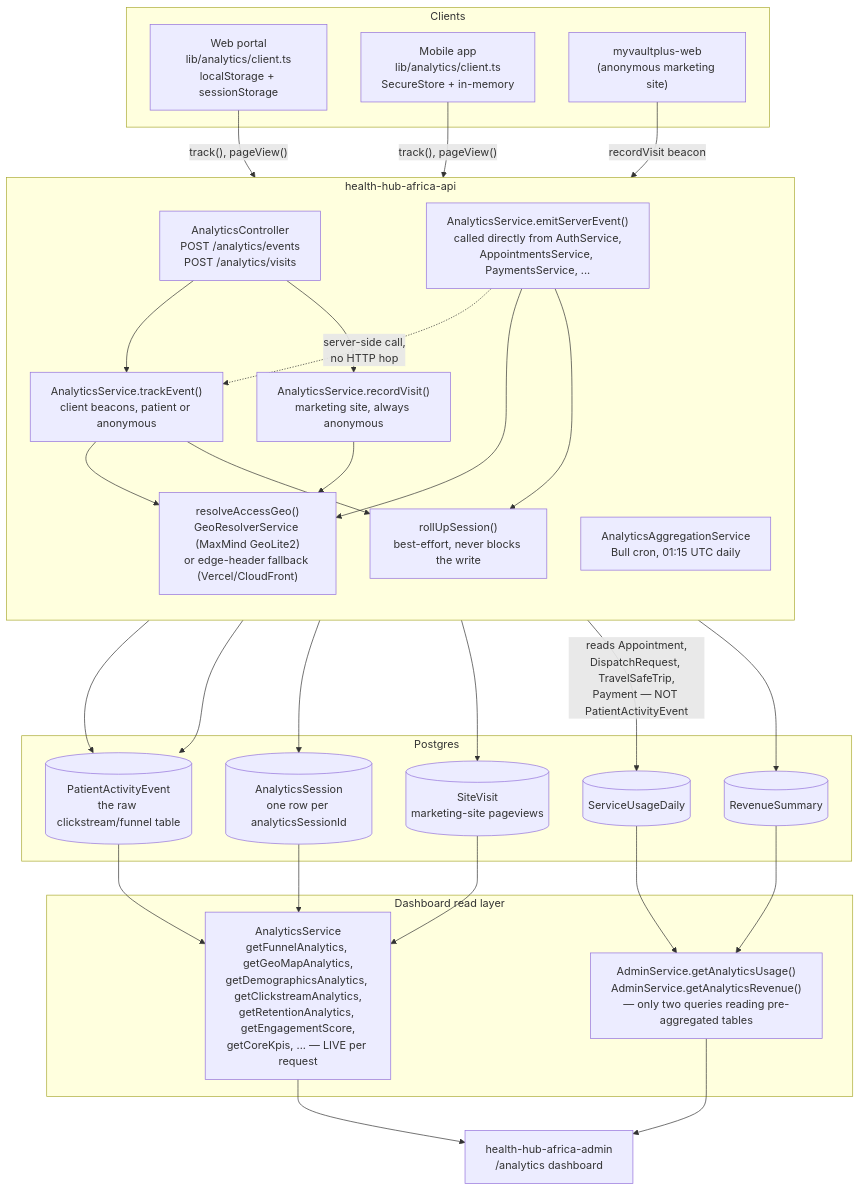
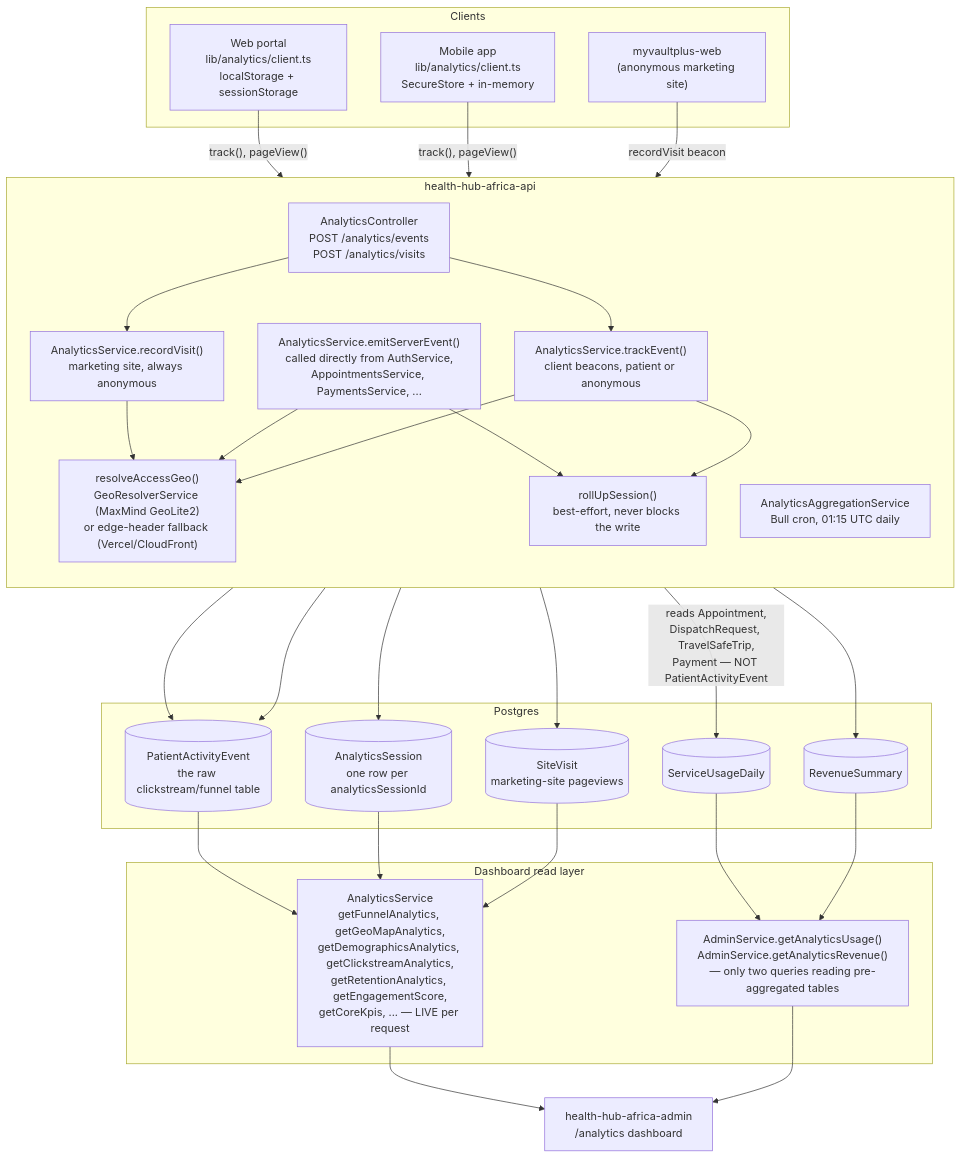
The diagram in docs/ANALYTICS-ARCHITECTURE-DIAGRAM.md (healthubafrica/health-vault), drawn with Mermaid before and after one commit.

Commit message:
fix(docs): remove incorrect emitServerEvent->trackEvent edge in architecture diagram
They're independent sibling methods, not caller/callee — emitServerEvent
is invoked directly from other services (AuthService, PaymentsService,
etc.), never through trackEvent.

````diff
--- a/docs/ANALYTICS-ARCHITECTURE-DIAGRAM.md
+++ b/docs/ANALYTICS-ARCHITECTURE-DIAGRAM.md
@@ -7,66 +7,65 @@
 ```mermaid
 flowchart TB
     subgraph Clients
         Web["Web portal\nlib/analytics/client.ts\nlocalStorage + sessionStorage"]
         Mobile["Mobile app\nlib/analytics/client.ts\nSecureStore + in-memory"]
         Marketing["myvaultplus-web\n(anonymous marketing site)"]
     end
 
     subgraph API["health-hub-africa-api"]
         direction TB
         Controller["AnalyticsController\nPOST /analytics/events\nPOST /analytics/visits"]
         TrackEvent["AnalyticsService.trackEvent()\nclient beacons, patient or anonymous"]
         EmitServer["AnalyticsService.emitServerEvent()\ncalled directly from AuthService,\nAppointmentsService, PaymentsService, ..."]
         RecordVisit["AnalyticsService.recordVisit()\nmarketing site, always anonymous"]
         GeoResolve["resolveAccessGeo()\nGeoResolverService (MaxMind GeoLite2)\nor edge-header fallback (Vercel/CloudFront)"]
         RollUp["rollUpSession()\nbest-effort, never blocks the write"]
         Cron["AnalyticsAggregationService\nBull cron, 01:15 UTC daily"]
     end
 
     subgraph DB["Postgres"]
         PAE[("PatientActivityEvent\nthe raw clickstream/funnel table")]
         Sessions[("AnalyticsSession\none row per analyticsSessionId")]
         SiteVisits[("SiteVisit\nmarketing-site pageviews")]
         Usage[("ServiceUsageDaily")]
         Revenue[("RevenueSummary")]
     end
 
     subgraph Dashboards["Dashboard read layer"]
         AnalyticsSvc["AnalyticsService\ngetFunnelAnalytics, getGeoMapAnalytics,\ngetDemographicsAnalytics, getClickstreamAnalytics,\ngetRetentionAnalytics, getEngagementScore,\ngetCoreKpis, ... — LIVE per request"]
         AdminSvcUsage["AdminService.getAnalyticsUsage()\nAdminService.getAnalyticsRevenue()\n— only two queries reading pre-aggregated tables"]
     end
 
     AdminUI["health-hub-africa-admin\n/analytics dashboard"]
 
     Web -- "track(), pageView()" --> Controller
     Mobile -- "track(), pageView()" --> Controller
     Marketing -- "recordVisit beacon" --> Controller
 
     Controller --> TrackEvent
     Controller --> RecordVisit
-    EmitServer -. "server-side call,\nno HTTP hop" .-> TrackEvent
 
     TrackEvent --> GeoResolve
     EmitServer --> GeoResolve
     RecordVisit --> GeoResolve
 
     TrackEvent --> PAE
     EmitServer --> PAE
     RecordVisit --> SiteVisits
 
     TrackEvent --> RollUp
     EmitServer --> RollUp
     RollUp --> Sessions
 
     Cron -- "reads Appointment,\nDispatchRequest, TravelSafeTrip,\nPayment — NOT PatientActivityEvent" --> Usage
     Cron --> Revenue
 
     PAE --> AnalyticsSvc
     Sessions --> AnalyticsSvc
     SiteVisits --> AnalyticsSvc
     Usage --> AdminSvcUsage
     Revenue --> AdminSvcUsage
 
     AnalyticsSvc --> AdminUI
     AdminSvcUsage --> AdminUI
 ```
````
